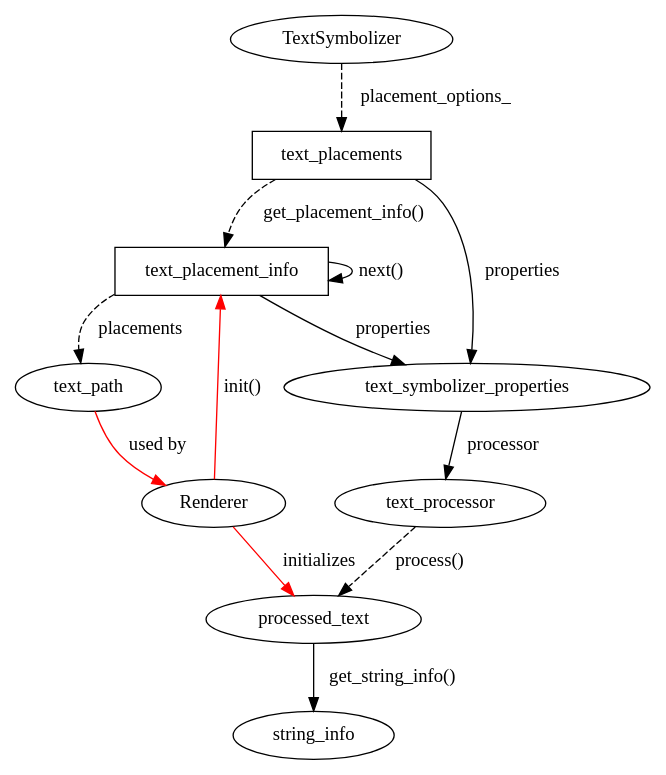
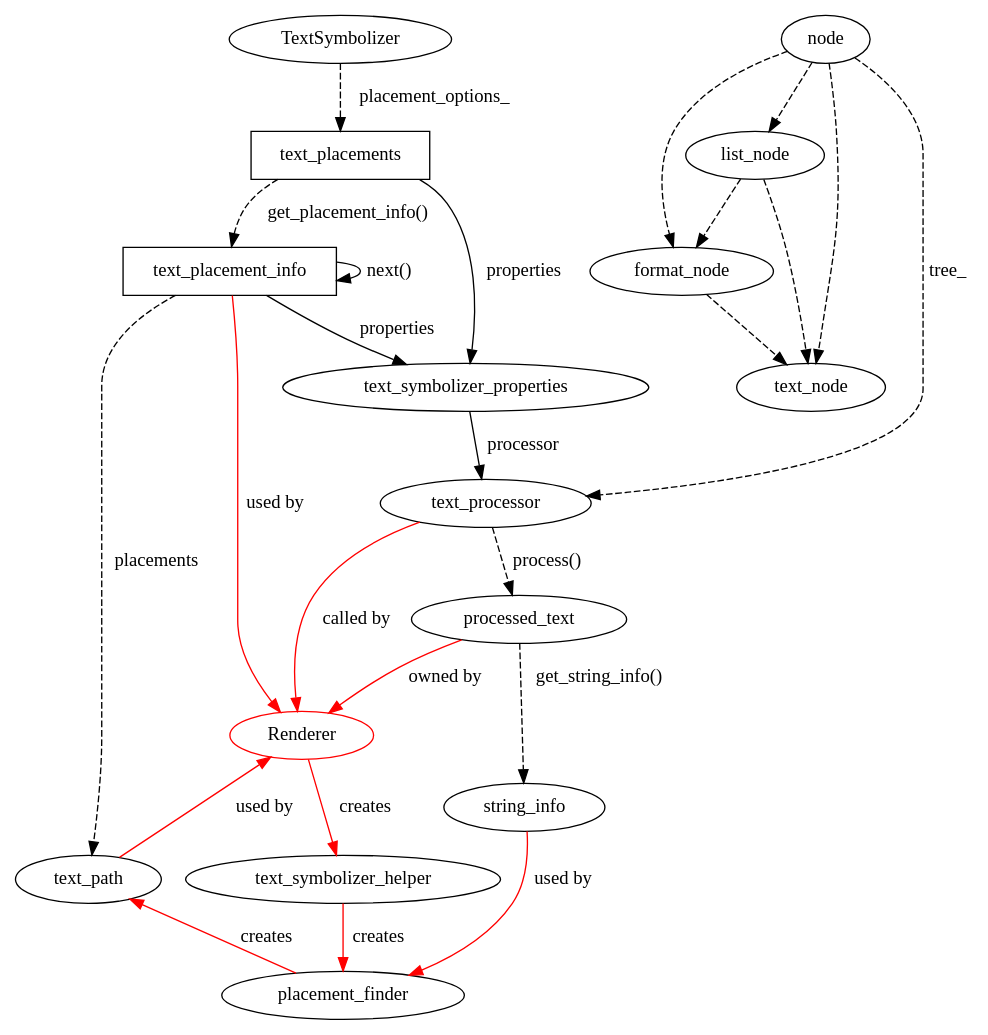
Before and after one commit to mapnik/mapnik: the diagram in docs/textrendering.gv, drawn with Graphviz. The commit also changed 2 other files, not shown here.

Commit message:
Update text rendering dependency graph.

```diff
--- a/docs/textrendering.gv
+++ b/docs/textrendering.gv
@@ -1,24 +1,40 @@
-#process with: dot textrendering.gv -Tpng > textrendering.png
+/* process with: dot textrendering.gv -Tsvg > textrendering.svg */
 digraph textrendering {
-# Classes without important virtual members: Round
-# Classes with    important virtual members: Rect
-# Pointers [style=dashed]
-# Red: function is called
+  /* Classes without important virtual members: Round
+     Classes with    important virtual members: Rect
+     Pointers [style=dashed] */
+
+  Renderer [color=red]
+  rankdir="TD";
   text_placements[shape=box]
   text_placement_info[shape=box]
-  Renderer
-
+  node_ -> text_processor [label="tree_", style=dashed]
   TextSymbolizer -> text_placements [label="placement_options_", style=dashed]
   text_placements -> text_symbolizer_properties [label="properties"]
   text_placements -> text_placement_info [label="get_placement_info()", style=dashed]
   text_placement_info -> text_symbolizer_properties [label="properties"]
   text_placement_info -> text_path [label="placements", style=dashed]
   text_placement_info -> text_placement_info [label="next()"]
   text_symbolizer_properties -> text_processor [label="processor"]
   text_processor ->  processed_text [label="process()", style=dashed]
-  processed_text -> string_info [label="get_string_info()"]
+  processed_text -> string_info [label="get_string_info()", style=dashed]
   text_path -> Renderer [color=red, label="used by"]
-  Renderer -> text_placement_info [color=red, label="init()"]
-  Renderer -> processed_text [color=red, label="initializes"]
+  processed_text -> Renderer [color=red, label="owned by"]
+  Renderer -> text_symbolizer_helper [color=red, label="creates"]
+  text_symbolizer_helper -> placement_finder [color=red, label="creates"]
+  placement_finder -> text_path [color=red, label="creates"]
+  string_info -> placement_finder [color=red, label="used by"]
+  text_processor -> Renderer [color=red, label="called by"]
+  text_placement_info -> Renderer [color=red, label="used by"]
   
+  
+  node_[label="node"]
+  node_ -> text_node [style=dashed]
+  node_ -> list_node [style=dashed]
+  node_ -> format_node [style=dashed]
+  list_node -> text_node [style=dashed]
+  list_node -> format_node [style=dashed]
+  format_node -> text_node [style=dashed]
+   { rank=same; text_path text_symbolizer_helper }
+   { rank=same; node_ TextSymbolizer}
 }
```
